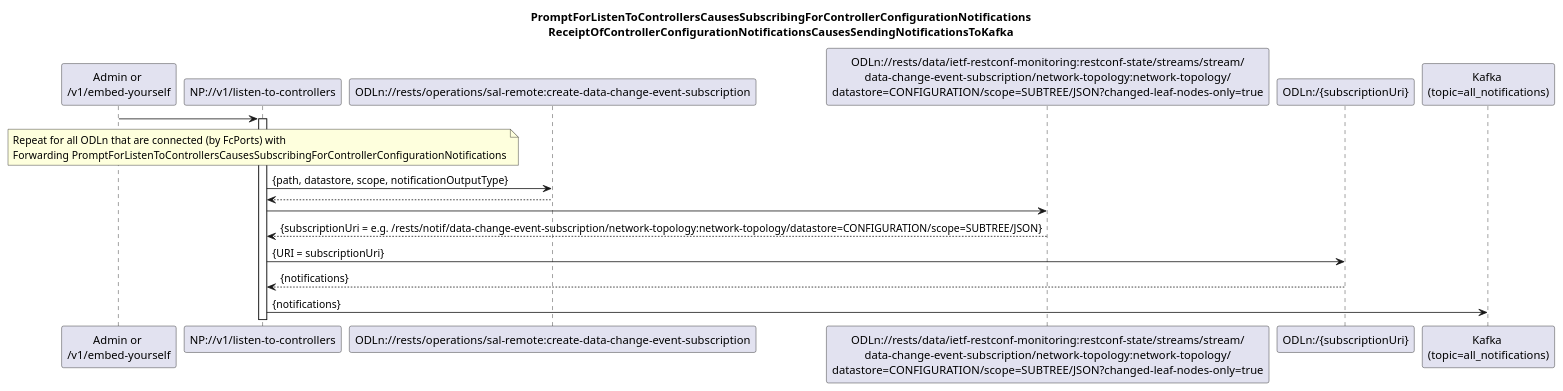
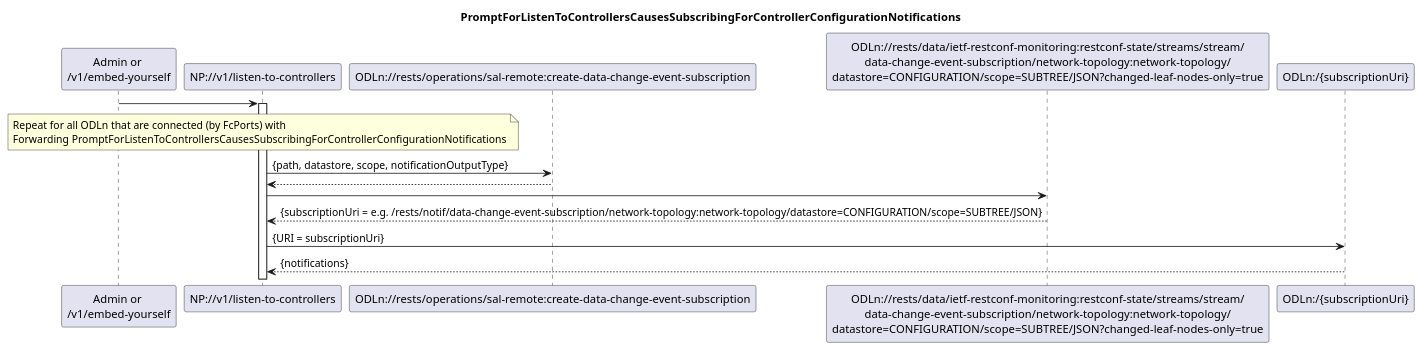
The diagram in spec/diagrams/is001_SubscribingForControllerConfigurationNotifications.plantuml (openBackhaul/NotificationProxy), drawn with PlantUML before and after one commit. The commit also changed 8 other files, not shown here.

```diff
--- a/spec/diagrams/is001_SubscribingForControllerConfigurationNotifications.plantuml
+++ b/spec/diagrams/is001_SubscribingForControllerConfigurationNotifications.plantuml
@@ -1,35 +1,31 @@
 @startuml is001_SubscribingForControllerConfigurationNotifications
 skinparam responseMessageBelowArrow true
 
 title 
   PromptForListenToControllersCausesSubscribingForControllerConfigurationNotifications
-  ReceiptOfControllerConfigurationNotificationsCausesSendingNotificationsToKafka
 end title
 
 participant "Admin or \n/v1/embed-yourself" as Requestor
 participant "NP://v1/listen-to-controllers" as NP_listen
 participant "ODLn://rests/operations/sal-remote:create-data-change-event-subscription" as ODL_step1
 participant "ODLn://rests/data/ietf-restconf-monitoring:restconf-state/streams/stream/\ndata-change-event-subscription/network-topology:network-topology/\ndatastore=CONFIGURATION/scope=SUBTREE/JSON?changed-leaf-nodes-only=true" as ODL_step2
 participant "ODLn:/{subscriptionUri}" as ODL_step3
-participant "Kafka \n(topic=all_notifications)" as Kafka
 
 Requestor -> NP_listen
 activate NP_listen
 
 note over NP_listen
 Repeat for all ODLn that are connected (by FcPorts) with
 Forwarding PromptForListenToControllersCausesSubscribingForControllerConfigurationNotifications
 end note
 
 NP_listen -> ODL_step1: {path, datastore, scope, notificationOutputType}
 ODL_step1 --> NP_listen
 
 NP_listen -> ODL_step2
 ODL_step2 --> NP_listen: {subscriptionUri = e.g. /rests/notif/data-change-event-subscription/network-topology:network-topology/datastore=CONFIGURATION/scope=SUBTREE/JSON}
 
 NP_listen -> ODL_step3: {URI = subscriptionUri}
 ODL_step3 --> NP_listen: {notifications}
 
-NP_listen -> Kafka: {notifications}
-
 @enduml
```
